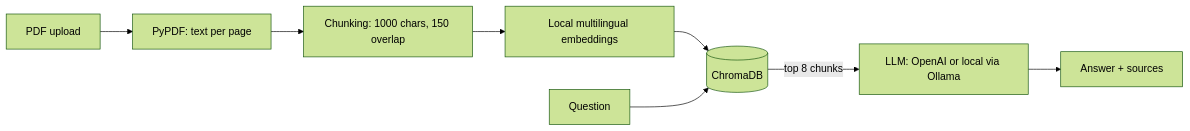
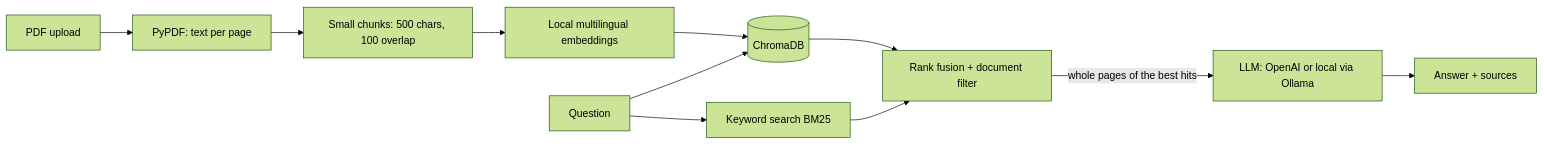
The diagram in README.md (Sahib-H11/financial-docs-assistant), drawn with Mermaid (forest theme) before and after one commit. The commit also changed other lines of this file and 22 other files, not shown here.

Commit message:
Fix overfitting: document filter, small-to-big, hybrid search; hold-out 100%

````diff
--- a/README.md
+++ b/README.md
@@ -17,10 +17,13 @@
 ```mermaid
 flowchart LR
     A[PDF upload] --> B[PyPDF: text per page]
-    B --> C[Chunking: 1000 chars, 150 overlap]
+    B --> C[Small chunks: 500 chars, 100 overlap]
     C --> D[Local multilingual embeddings]
     D --> E[(ChromaDB)]
     Q[Question] --> E
-    E -->|top 8 chunks| L[LLM: OpenAI or local via Ollama]
+    Q --> K[Keyword search BM25]
+    K --> F[Rank fusion + document filter]
+    E --> F
+    F -->|whole pages of the best hits| L[LLM: OpenAI or local via Ollama]
     L --> R[Answer + sources]
 ```
````
